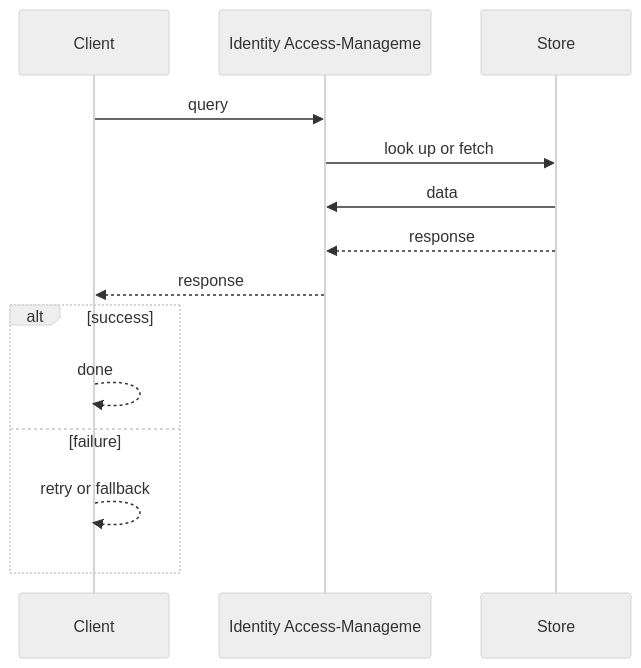
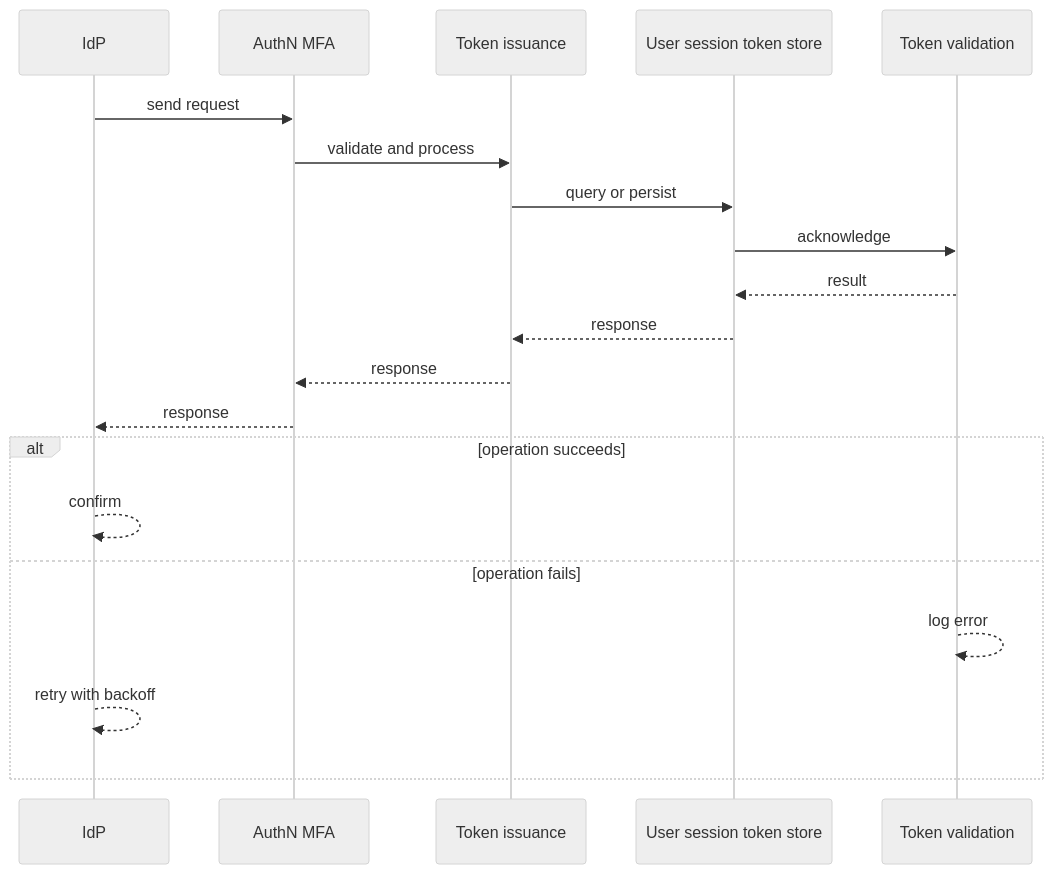
The second of 4 diagrams in case-studies/advanced/iam-platform.md (RIT-MESH/system-design-mastery), drawn with Mermaid (neutral theme) before and after one commit. The commit also changed other lines of this file and 64 other files, not shown here.

````diff
--- a/case-studies/advanced/iam-platform.md
+++ b/case-studies/advanced/iam-platform.md
@@ -80,17 +70,23 @@
 ```mermaid
 %% created-for: system-design-mastery
 sequenceDiagram
-  participant P0 as Client
-  participant P1 as Identity Access-Manageme
-  participant P2 as Store
-  P0 ->> P1: query
-  P1 ->> P2: look up or fetch
-  P2 ->> P1: data
-  P2 -->> P1: response
-  P1 -->> P0: response
-  alt success
-    P0 -->> P0: done
-  else failure
-    P0 -->> P0: retry or fallback
+  participant C0 as IdP
+  participant C1 as AuthN MFA
+  participant C2 as Token issuance
+  participant C3 as User session token store
+  participant C4 as Token validation
+  C0 ->> C1: send request
+  C1 ->> C2: validate and process
+  C2 ->> C3: query or persist
+  C3 ->> C4: acknowledge
+  C4 -->> C3: result
+  C3 -->> C2: response
+  C2 -->> C1: response
+  C1 -->> C0: response
+  alt operation succeeds
+    C0 -->> C0: confirm
+  else operation fails
+    C4 -->> C4: log error
+    C0 -->> C0: retry with backoff
   end
 ```
````
